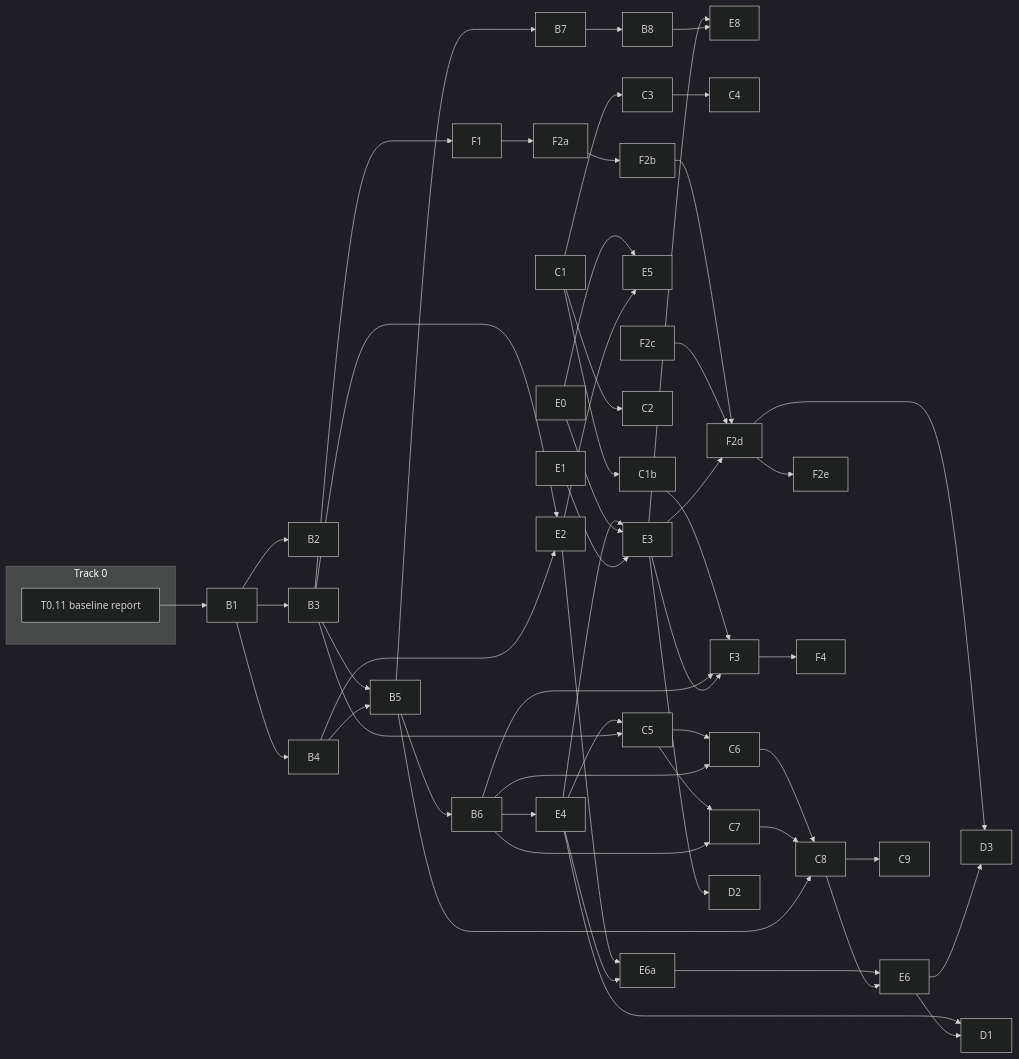
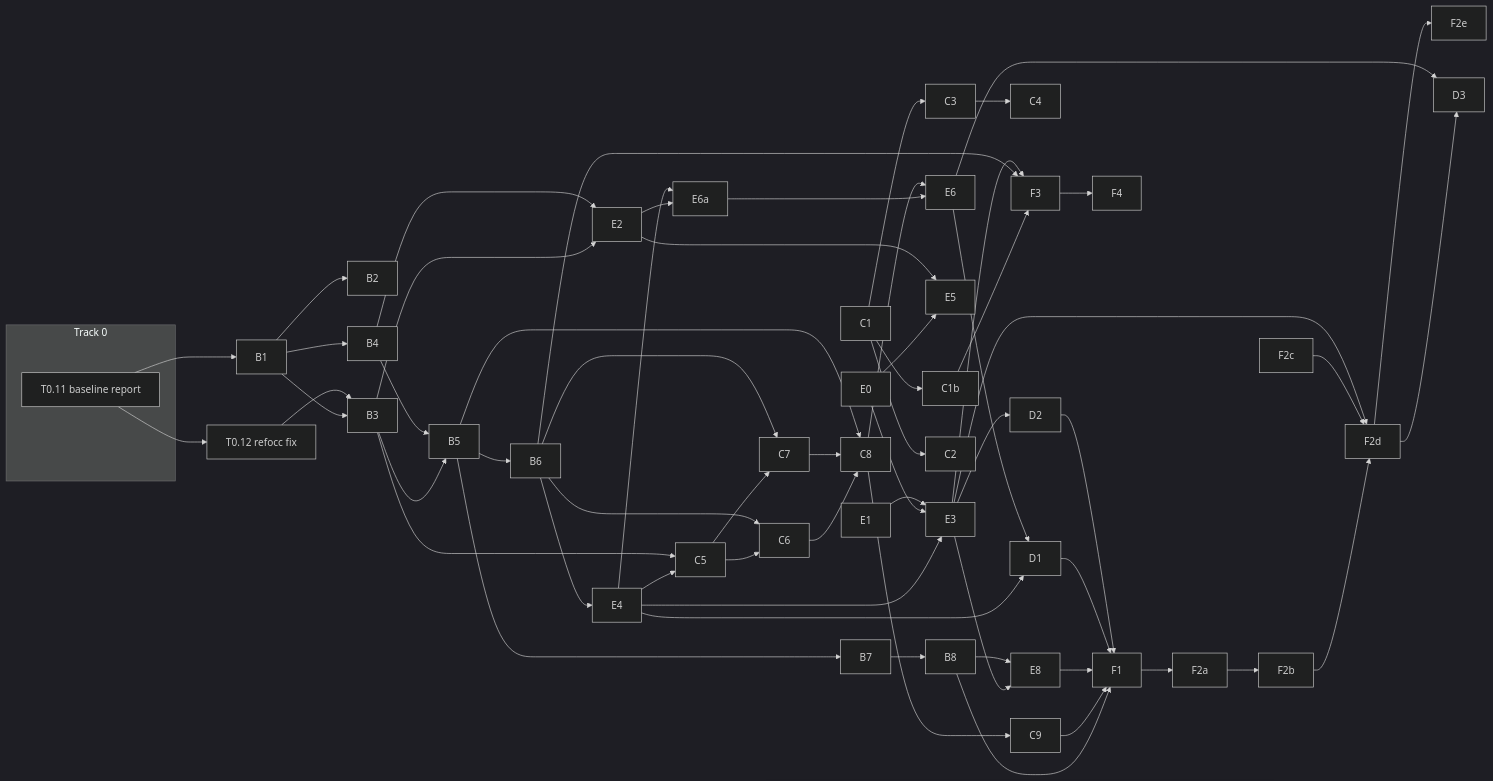
One commit to marvinfriede/dxtb changed the diagram in docs/plan/00-overview.md. Above: the diagram before and after it, drawn with Mermaid (dark theme). The commit also changed other lines of this file and 4 other files, not shown here.

````diff
--- a/docs/plan/00-overview.md
+++ b/docs/plan/00-overview.md
@@ -187,32 +187,33 @@
 ```mermaid
 graph LR
   subgraph T0[Track 0]
     T0R[T0.11 baseline report]
   end
   T0R --> B1 --> B2 & B3 & B4
   B3 --> B5
   B4 --> B5 --> B6 & B7
   B7 --> B8
   B6 --> E4 --> E3
   E0 --> E3
   E1 --> E3 --> E8
   B3 & B4 --> E2 --> E6a
   E4 --> E6a --> E6
   B8 --> E8
   E0 --> E5
   E2 --> E5
   C1 --> C1b & C2 & C3
   C3 --> C4
   E4 --> C5
   B3 --> C5 --> C6 & C7
   B6 --> C6 & C7
   C6 & C7 & B5 --> C8 --> C9
   C8 --> E6
-  B3 --> F1 --> F2a --> F2b --> F2d
+  T0R --> T012[T0.12 refocc fix] --> B3
+  B8 & C9 & E8 & D1 & D2 --> F1 --> F2a --> F2b --> F2d
   F2c --> F2d
   E3 --> F2d --> F2e
   C1b & B6 & E3 --> F3 --> F4
   E4 & E6 --> D1
   E3 --> D2
   F2d & E6 --> D3
 ```
````
